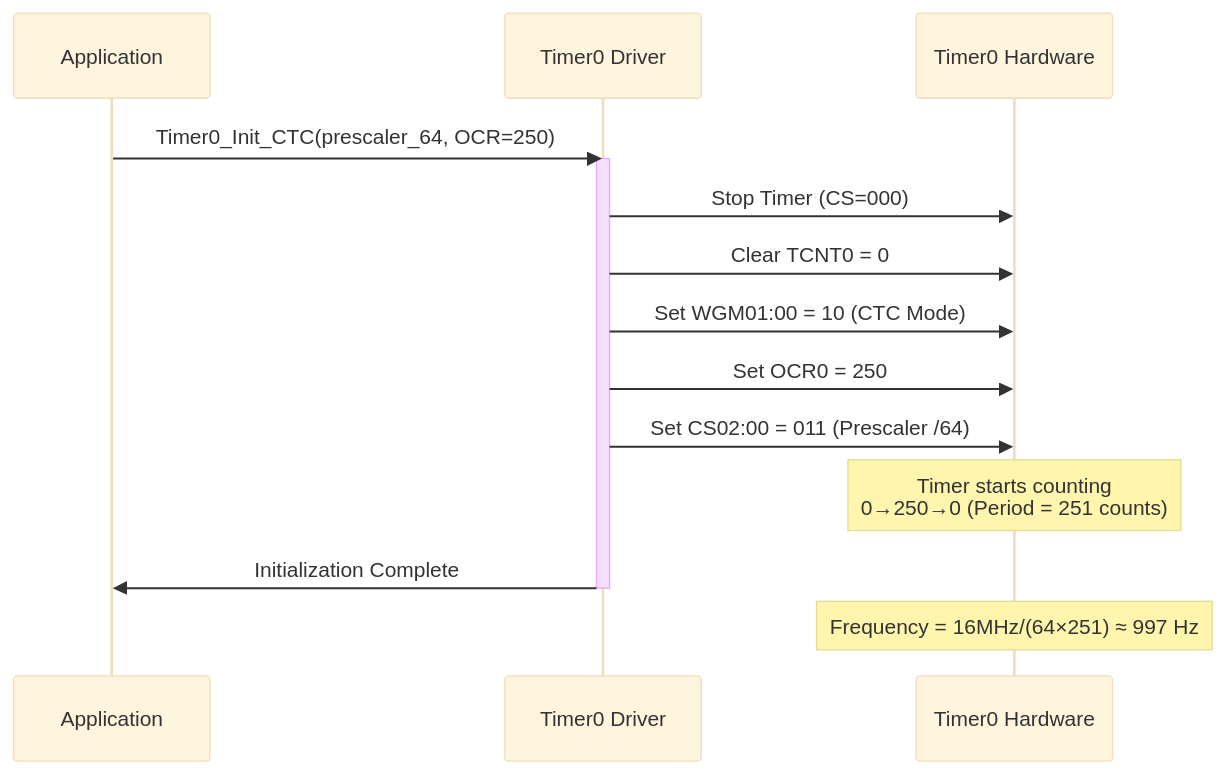
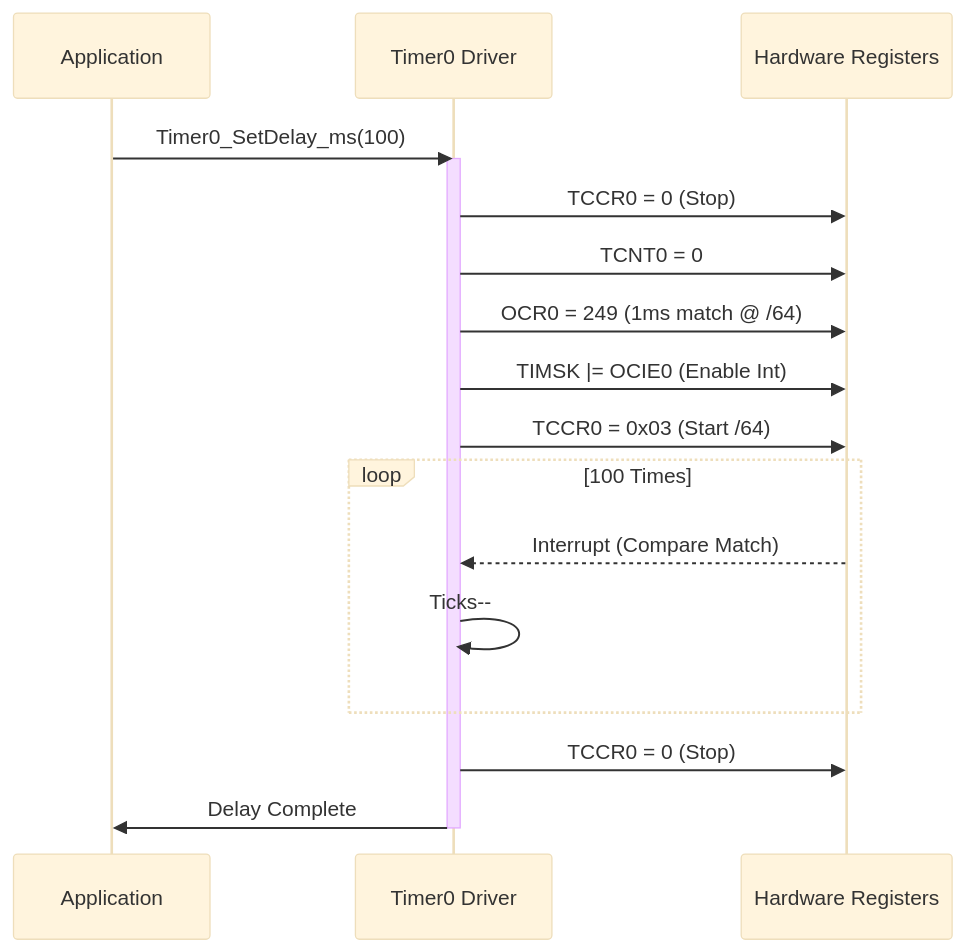
The fourth of 5 diagrams in Doc/Embedded/New/06_ImplementationDoc/Software_Layers/MCAL_Layer/Timer0/Timer0_Driver.md (Gestell-Solution/Smart_Energy_Management_System), drawn with Mermaid (base theme) before and after one commit. The commit also changed other lines of this file and 30 other files, not shown here.

````diff
--- a/Doc/Embedded/New/06_ImplementationDoc/Software_Layers/MCAL_Layer/Timer0/Timer0_Driver.md
+++ b/Doc/Embedded/New/06_ImplementationDoc/Software_Layers/MCAL_Layer/Timer0/Timer0_Driver.md
@@ -206,22 +218,24 @@
 ```mermaid
 sequenceDiagram
     participant APP as Application
-    participant DRV as Timer0 Driver
-    participant HW as Timer0 Hardware
+    participant TMR as Timer0 Driver
+    participant REG as Hardware Registers
 
-    APP->>DRV: Timer0_Init_CTC(prescaler_64, OCR=250)
-    activate DRV
+    APP->>TMR: Timer0_SetDelay_ms(100)
+    activate TMR
 
-    DRV->>HW: Stop Timer (CS=000)
-    DRV->>HW: Clear TCNT0 = 0
-    DRV->>HW: Set WGM01:00 = 10 (CTC Mode)
-    DRV->>HW: Set OCR0 = 250
-    DRV->>HW: Set CS02:00 = 011 (Prescaler /64)
+    TMR->>REG: TCCR0 = 0 (Stop)
+    TMR->>REG: TCNT0 = 0
+    TMR->>REG: OCR0 = 249 (1ms match @ /64)
+    TMR->>REG: TIMSK |= OCIE0 (Enable Int)
+    TMR->>REG: TCCR0 = 0x03 (Start /64)
 
-    Note over HW: Timer starts counting<br/>0→250→0 (Period = 251 counts)
+    loop 100 Times
+        REG-->>TMR: Interrupt (Compare Match)
+        TMR->>TMR: Ticks--
+    end
 
-    DRV->>APP: Initialization Complete
-    deactivate DRV
-
-    Note over HW: Frequency = 16MHz/(64×251) ≈ 997 Hz
+    TMR->>REG: TCCR0 = 0 (Stop)
+    TMR->>APP: Delay Complete
+    deactivate TMR
 ```
````
